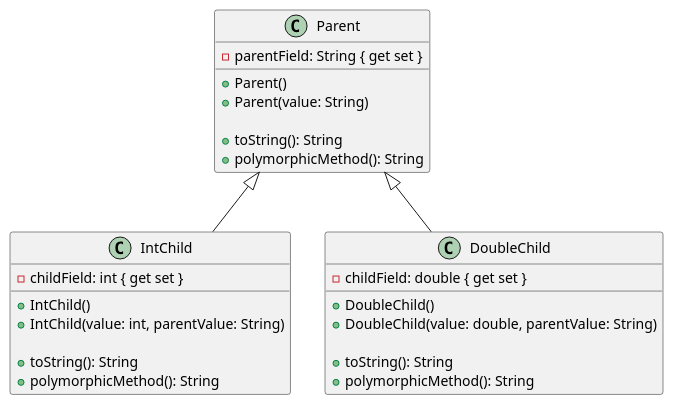
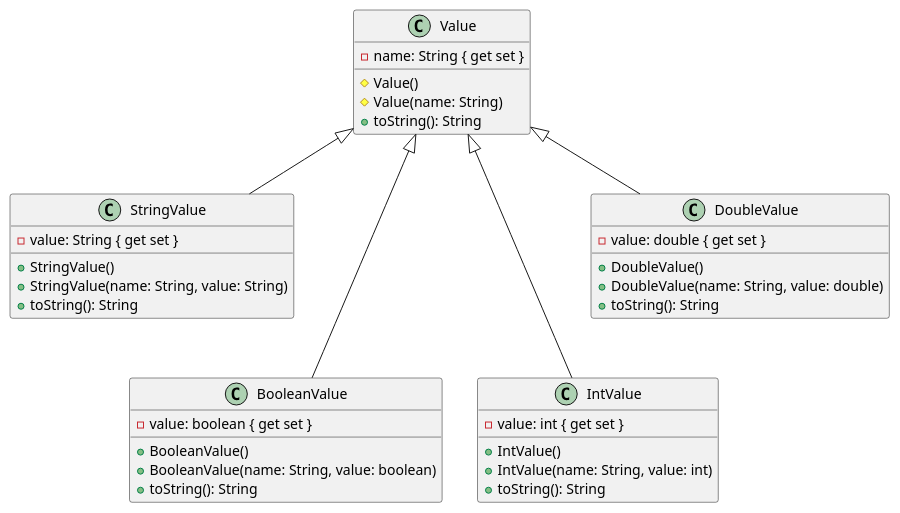
The diagram in OfficeHours/Week13/src/Model.puml (LKAnderson/cit260), drawn with PlantUML before and after one commit. The commit also changed 35 other files, not shown here.

```diff
--- a/OfficeHours/Week13/src/Model.puml
+++ b/OfficeHours/Week13/src/Model.puml
@@ -1,32 +1,47 @@
 @startuml
 
-class Parent {
-    - parentField: String { get set }
+class Value {
+    - name: String { get set }
 
-    + Parent()
-    + Parent(value: String)
-
+    # Value()
+    # Value(name: String)
     + toString(): String
-    + polymorphicMethod(): String
 }
 
-class IntChild extends Parent {
-    - childField: int { get set }
+class StringValue  {
+    - value: String { get set }
 
-    + IntChild()
-    + IntChild(value: int, parentValue: String)
-
+    + StringValue()
+    + StringValue(name: String, value: String)
     + toString(): String
-    + polymorphicMethod(): String
 }
 
-class DoubleChild extends Parent {
-    - childField: double { get set }
+class BooleanValue {
+    - value: boolean { get set }
 
-    + DoubleChild()
-    + DoubleChild(value: double, parentValue: String)
+    + BooleanValue()
+    + BooleanValue(name: String, value: boolean)
+    + toString(): String
+}
 
+class IntValue {
+    - value: int { get set }
+
+    + IntValue()
+    + IntValue(name: String, value: int)
     + toString(): String
-    + polymorphicMethod(): String
 }
+
+class DoubleValue {
+    - value: double { get set }
+
+    + DoubleValue()
+    + DoubleValue(name: String, value: double)
+    + toString(): String
+}
+
+Value <|-- StringValue
+Value <|--- BooleanValue
+Value <|--- IntValue
+Value <|-- DoubleValue
 @enduml
```
